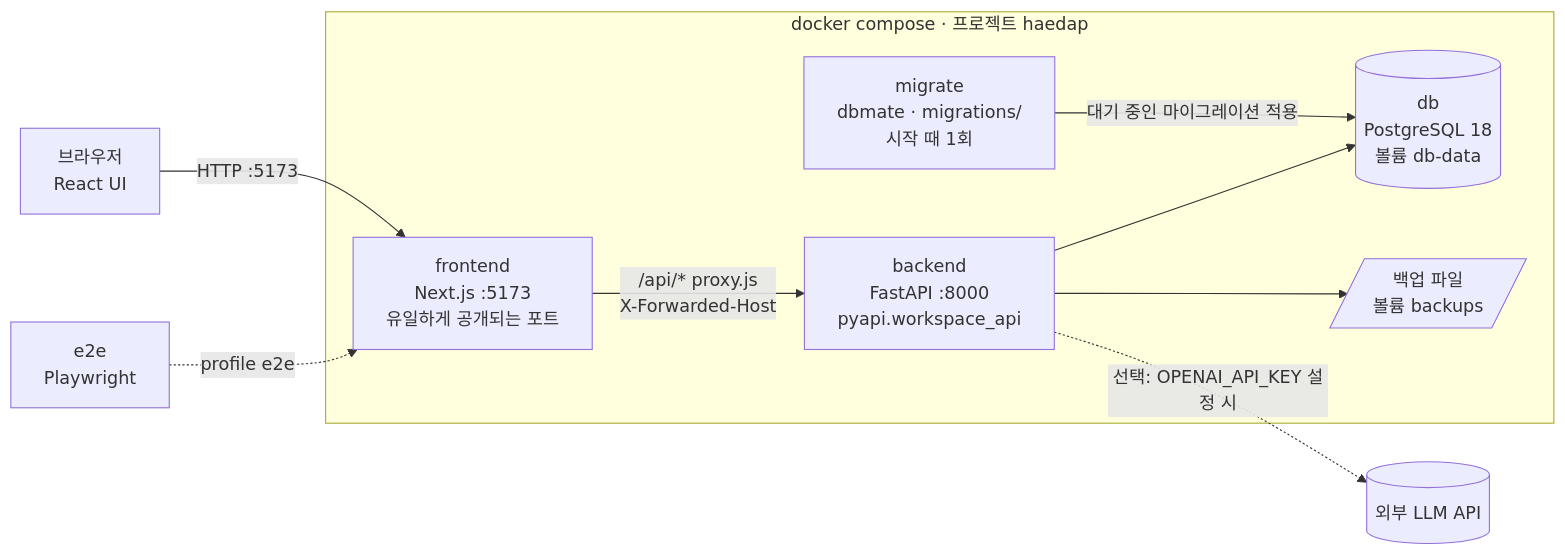
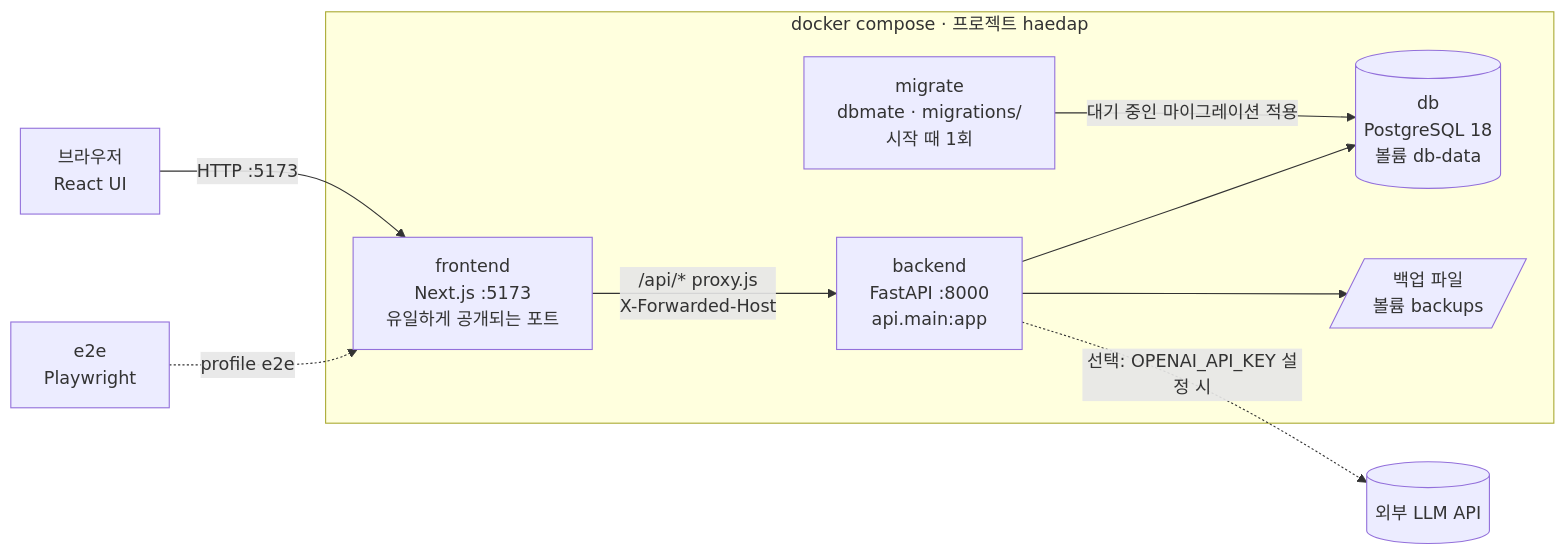
The first of 3 diagrams in docs/architecture.md (JongmuLee/sea-the-answer), drawn with Mermaid before and after one commit. The commit also changed other lines of this file and 4 other files, not shown here.

First line of the commit message:
docs: backend/api 모듈 구조 반영

````diff
--- a/docs/architecture.md
+++ b/docs/architecture.md
@@ -12,17 +12,17 @@
 ```mermaid
 flowchart LR
   B[브라우저<br/>React UI] -->|HTTP :5173| N
   subgraph C[docker compose · 프로젝트 haedap]
     N[frontend<br/>Next.js :5173<br/>유일하게 공개되는 포트]
-    G[backend<br/>FastAPI :8000<br/>pyapi.workspace_api]
+    G[backend<br/>FastAPI :8000<br/>api.main:app]
     D[(db<br/>PostgreSQL 18<br/>볼륨 db-data)]
     M[migrate<br/>dbmate · migrations/<br/>시작 때 1회]
     K[/백업 파일<br/>볼륨 backups/]
     M -->|대기 중인 마이그레이션 적용| D
     N -->|/api/* proxy.js<br/>X-Forwarded-Host| G
     G --> D
     G --> K
   end
   G -. 선택: OPENAI_API_KEY 설정 시 .-> O[(외부 LLM API)]
   E[e2e<br/>Playwright] -. profile e2e .-> N
 ```
````
